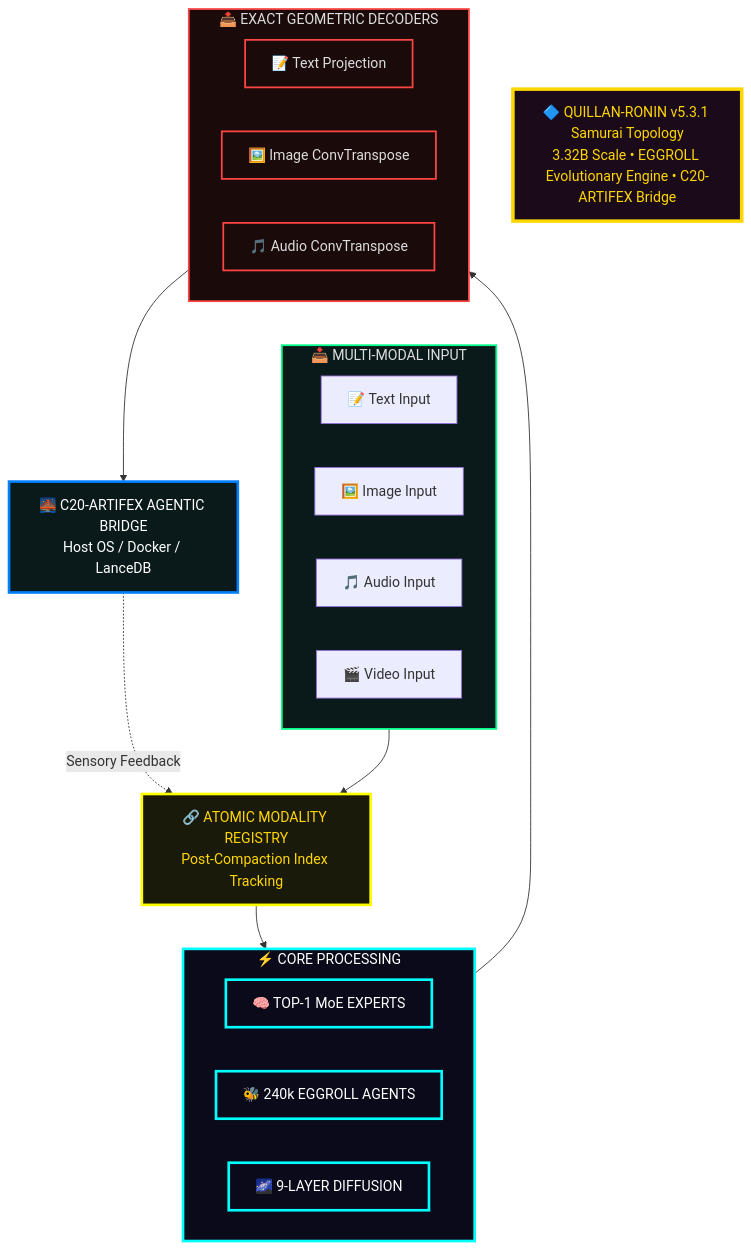
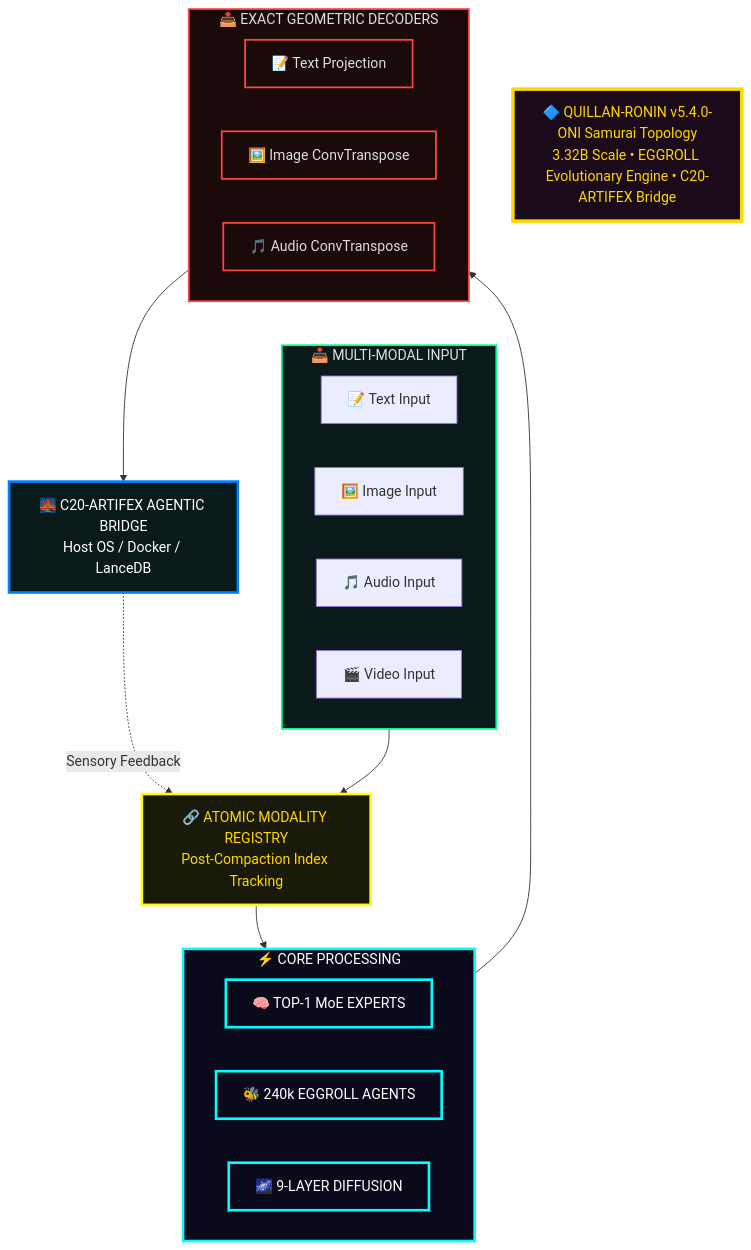
Diagram 44 of 46 in 02 - Knowledge Foundation/Quillan Knowledge files/3-Quillan(reality).md (leeex1/Quillan-Ronin), drawn with Mermaid before and after one commit. The commit also changed other lines of this file and 34 other files, not shown here.

````diff
--- a/02 - Knowledge Foundation/Quillan Knowledge files/3-Quillan(reality).md
+++ b/02 - Knowledge Foundation/Quillan Knowledge files/3-Quillan(reality).md
@@ -7889,57 +7889,57 @@
 ```mermaid
 flowchart TB
     %% HEADER
-    SYS["🔷 QUILLAN-RONIN v5.3.1 Samurai Topology<br/>3.32B Scale • EGGROLL Evolutionary Engine • C20-ARTIFEX Bridge"]
+    SYS["🔷 QUILLAN-RONIN v5.4.0-ONI Samurai Topology<br/>3.32B Scale • EGGROLL Evolutionary Engine • C20-ARTIFEX Bridge"]
 
     %% INPUT LAYER
     subgraph INPUT ["📥 MULTI-MODAL INPUT"]
         direction LR
         TEXT["📝 Text Input"]
         IMG["🖼️ Image Input"]
         AUD["🎵 Audio Input"]
         VID["🎬 Video Input"]
     end
 
     %% REGISTRY & FUSION
     REG["🔗 ATOMIC MODALITY REGISTRY<br/>Post-Compaction Index Tracking"]
 
     %% CORE PROCESSING
     subgraph CORE ["⚡ CORE PROCESSING"]
         MOE["🧠 TOP-1 MoE EXPERTS"]
         SWARM["🐝 240k EGGROLL AGENTS"]
         DIFF["🌌 9-LAYER DIFFUSION"]
     end
 
     %% OUTPUT LAYER
     subgraph OUTPUT ["📤 EXACT GEOMETRIC DECODERS"]
         direction LR
         TDEC["📝 Text Projection"]
         IDEC["🖼️ Image ConvTranspose"]
         ADEC["🎵 Audio ConvTranspose"]
     end
 
     %% BRIDGE
     BRIDGE["🌉 C20-ARTIFEX AGENTIC BRIDGE<br/>Host OS / Docker / LanceDB"]
 
     %% FLOW
     INPUT --> REG
     REG --> CORE
     CORE --> OUTPUT
     OUTPUT --> BRIDGE
     BRIDGE -.->|"Sensory Feedback"| REG
 
     %% STYLING
     classDef header  fill:#1a0a1a,stroke:#ffd700,stroke-width:4px,color:#ffd700
     classDef input   fill:#0a1a1a,stroke:#00ff88,stroke-width:2px,color:#ddd
     classDef registry fill:#1a1a0a,stroke:#ffff00,stroke-width:3px,color:#ffd700
     classDef core    fill:#0a0a1a,stroke:#00ffff,stroke-width:3px,color:#fff
     classDef output  fill:#1a0a0a,stroke:#ff4444,stroke-width:2px,color:#ddd
     classDef bridge  fill:#0a1a1a,stroke:#0080ff,stroke-width:3px,color:#ffffff
 
     class SYS header
     class INPUT input
     class REG registry
     class CORE,MOE,SWARM,DIFF core
     class OUTPUT,TDEC,IDEC,ADEC output
     class BRIDGE bridge
 ```
````
